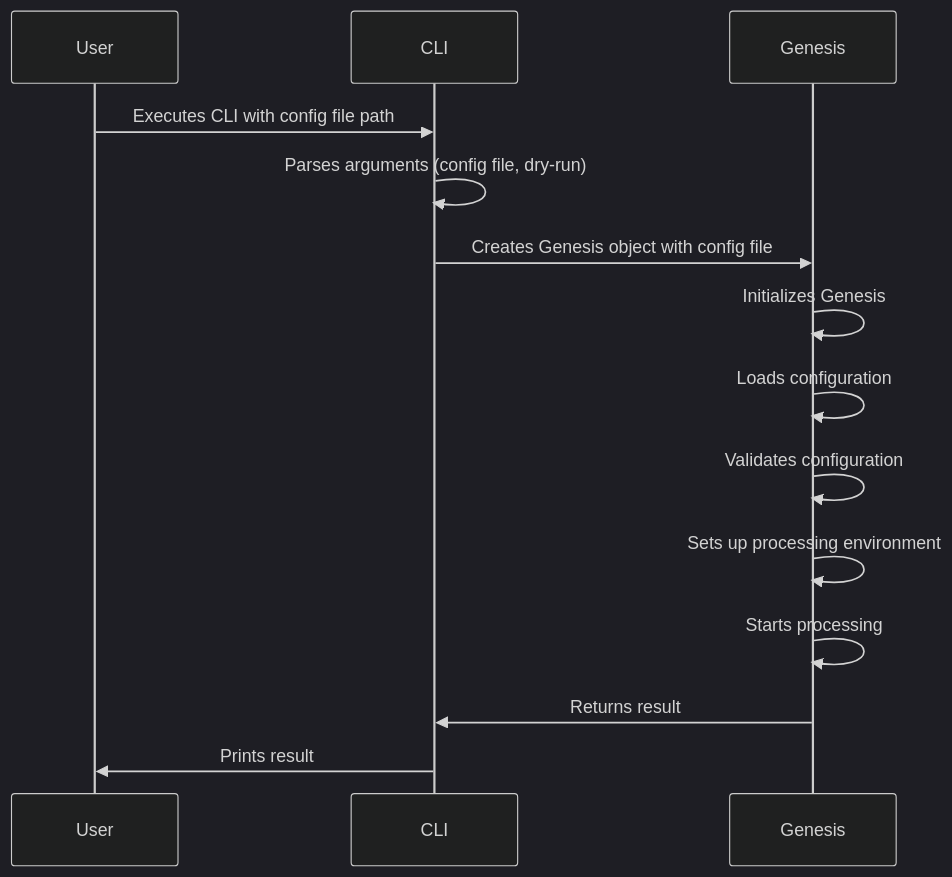
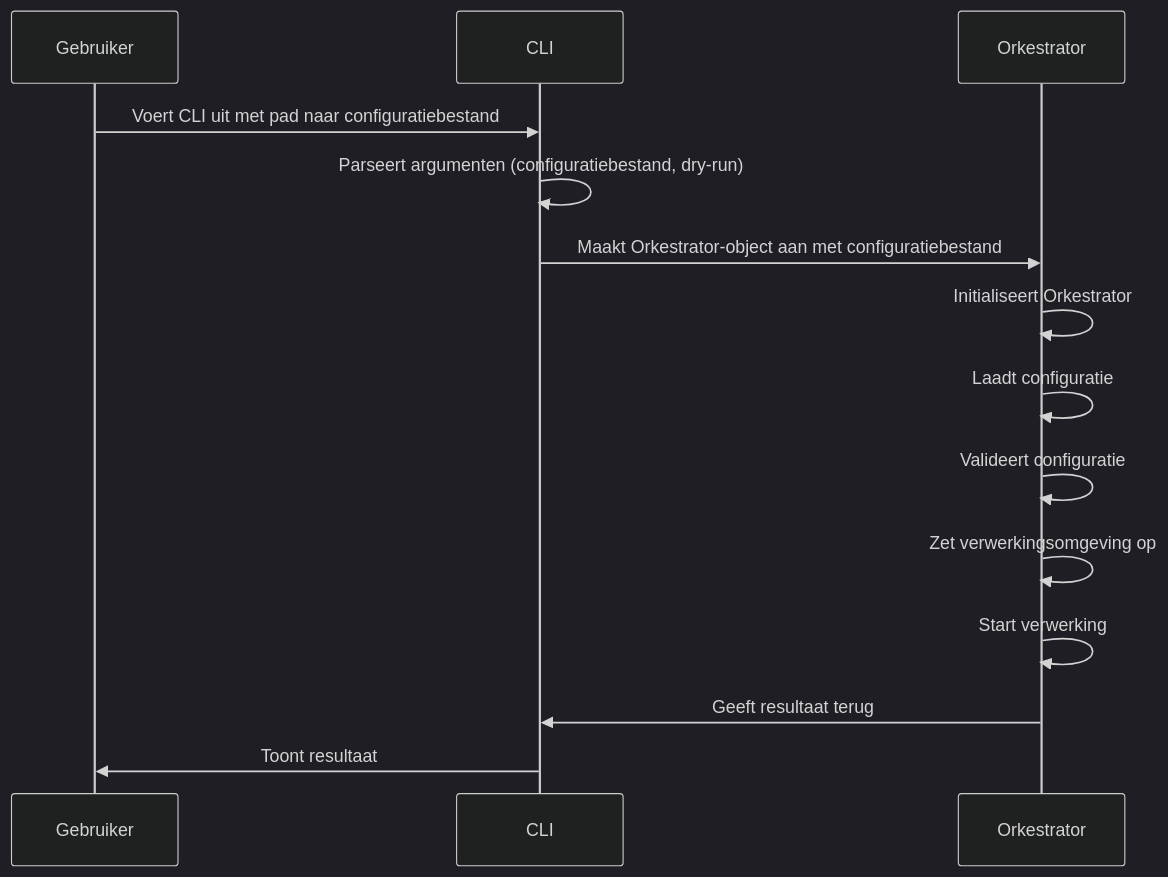
Before and after one commit to mark-me/mapping-dependencies: the first of 4 diagrams in genesis/README.md, drawn with Mermaid (dark theme).

Commit message:
Vertaalt

````diff
--- a/genesis/README.md
+++ b/genesis/README.md
@@ -17,17 +17,17 @@
 ```mermaid
 sequenceDiagram
-    participant User
+    participant Gebruiker
     participant CLI
-    participant Genesis
+    participant Orkestrator
 
-    User->>CLI: Executes CLI with config file path
-    CLI->>CLI: Parses arguments (config file, dry-run)
-    CLI->>Genesis: Creates Genesis object with config file
-    Genesis->>Genesis: Initializes Genesis
-    Genesis->>Genesis: Loads configuration
-    Genesis->>Genesis: Validates configuration
-    Genesis->>Genesis: Sets up processing environment
-    Genesis->>Genesis: Starts processing
-    Genesis->>CLI: Returns result
-    CLI->>User: Prints result
+    Gebruiker->>CLI: Voert CLI uit met pad naar configuratiebestand
+    CLI->>CLI: Parseert argumenten (configuratiebestand, dry-run)
+    CLI->>Orkestrator: Maakt Orkestrator-object aan met configuratiebestand
+    Orkestrator->>Orkestrator: Initialiseert Orkestrator
+    Orkestrator->>Orkestrator: Laadt configuratie
+    Orkestrator->>Orkestrator: Valideert configuratie
+    Orkestrator->>Orkestrator: Zet verwerkingsomgeving op
+    Orkestrator->>Orkestrator: Start verwerking
+    Orkestrator->>CLI: Geeft resultaat terug
+    CLI->>Gebruiker: Toont resultaat
 ```
````
